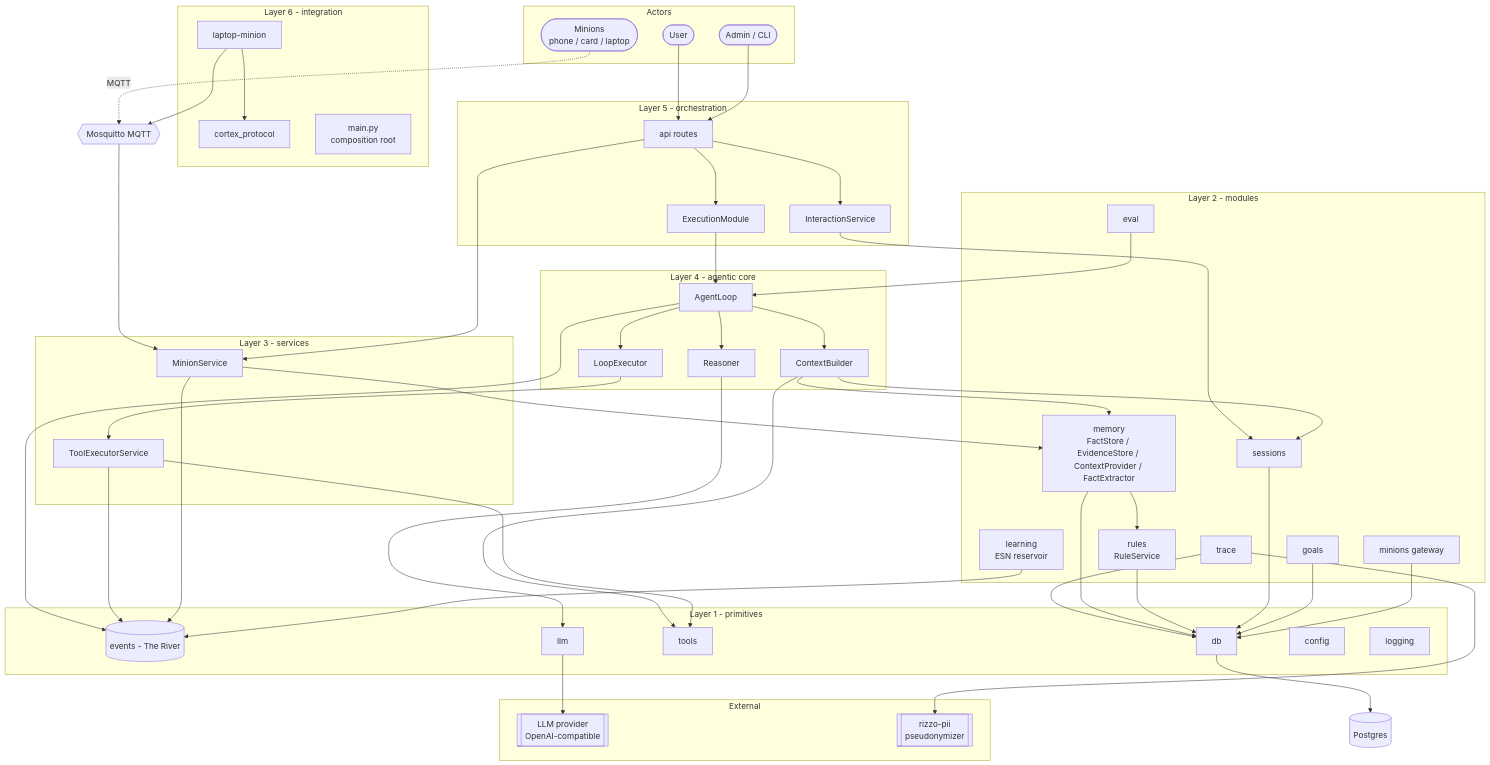
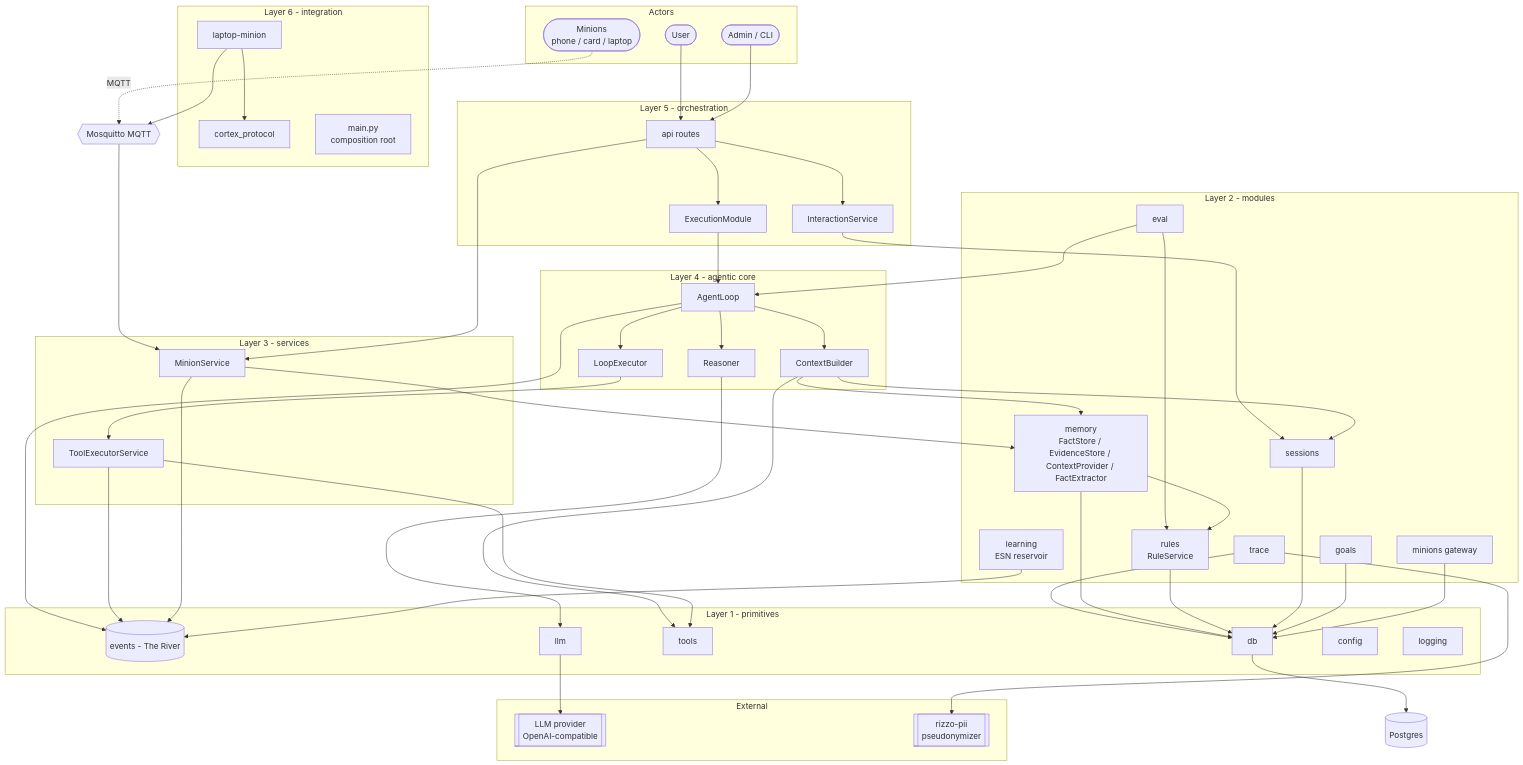
Before and after one commit to salvatorebottiglieri/botti-agent: the first of 3 diagrams in docs/specs/architecture.md, drawn with Mermaid. The commit also changed 1 other file, not shown here.

Commit message:
docs(rules): #175 the eval Rule set is real — spec Evaluation and the architecture edge

```diff
--- a/docs/specs/architecture.md
+++ b/docs/specs/architecture.md
@@ -109,6 +109,7 @@
     MinionSvc --> River
     Learning --> River
     Eval --> Loop
+    Eval --> Rules
     Trace --> DB
     Trace --> Sidecar
     Laptop --> Protocol
```
